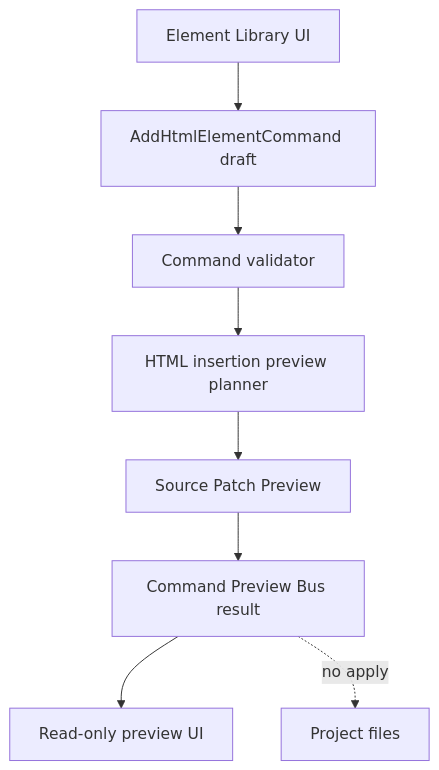
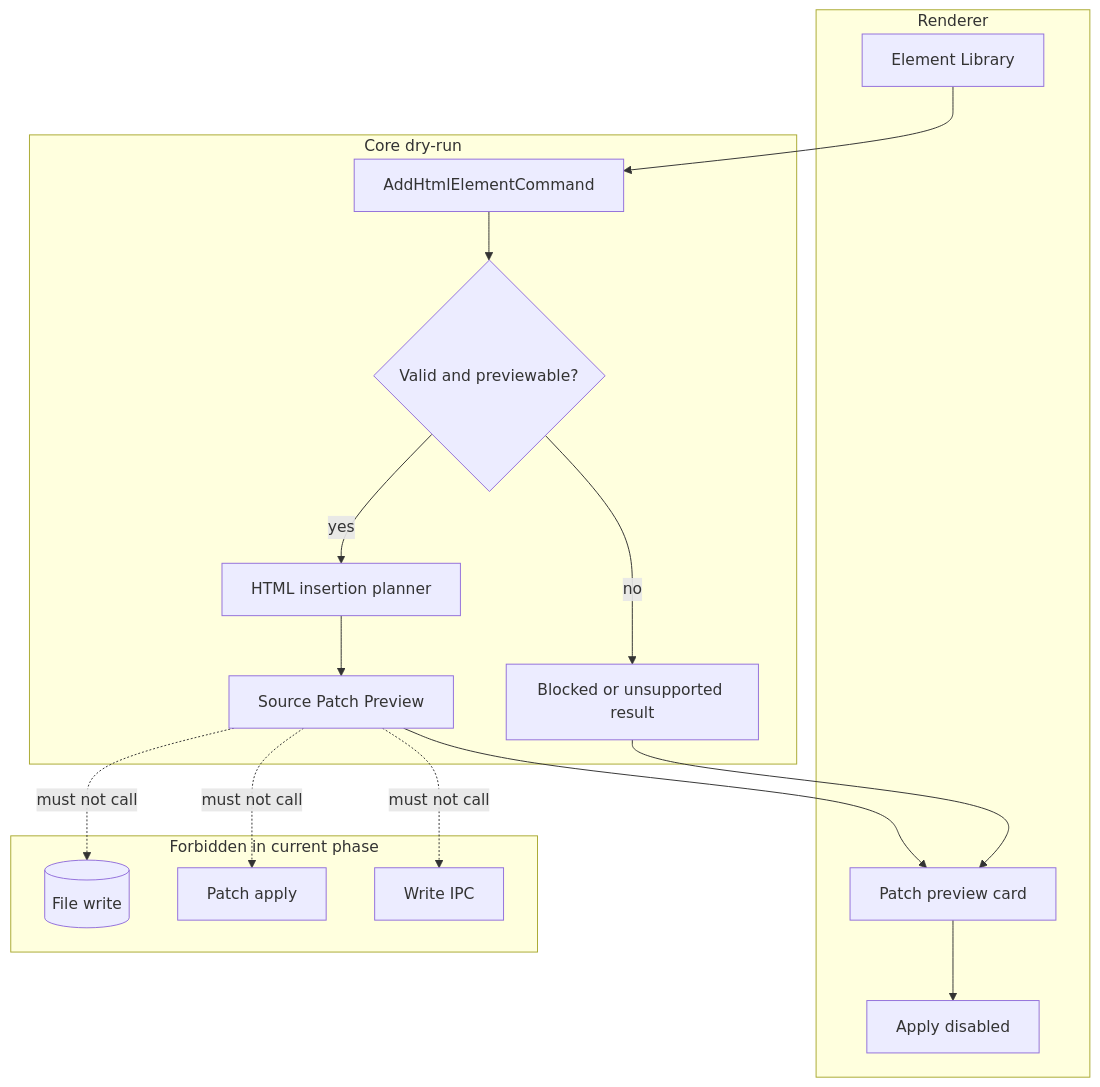
The diagram in docs/architecture/commands/README.md (krestosa/Crystal), drawn with Mermaid before and after one commit. The commit also changed other lines of this file and 12 other files, not shown here.

Commit message:
Add richer preview and command documentation

````diff
--- a/docs/architecture/commands/README.md
+++ b/docs/architecture/commands/README.md
@@ -15,10 +69,29 @@
 ```mermaid
 flowchart TD
-  Library[Element Library UI] --> Command[AddHtmlElementCommand draft]
-  Command --> Validator[Command validator]
-  Validator --> Planner[HTML insertion preview planner]
-  Planner --> SourcePatch[Source Patch Preview]
-  SourcePatch --> Bus[Command Preview Bus result]
-  Bus --> UI[Read-only preview UI]
-  Bus -. no apply .-> Files[Project files]
+  subgraph Renderer[Renderer]
+    Library[Element Library]
+    PreviewCard[Patch preview card]
+    Apply[Apply disabled]
+  end
+
+  subgraph Core[Core dry-run]
+    Command[AddHtmlElementCommand]
+    Validator{Valid and previewable?}
+    Planner[HTML insertion planner]
+    Patch[Source Patch Preview]
+    Blocked[Blocked or unsupported result]
+  end
+
+  subgraph Forbidden[Forbidden in current phase]
+    FileWrite[(File write)]
+    PatchApply[Patch apply]
+    WriteIPC[Write IPC]
+  end
+
+  Library --> Command --> Validator
+  Validator -->|yes| Planner --> Patch --> PreviewCard --> Apply
+  Validator -->|no| Blocked --> PreviewCard
+  Patch -. must not call .-> FileWrite
+  Patch -. must not call .-> PatchApply
+  Patch -. must not call .-> WriteIPC
 ```
````
